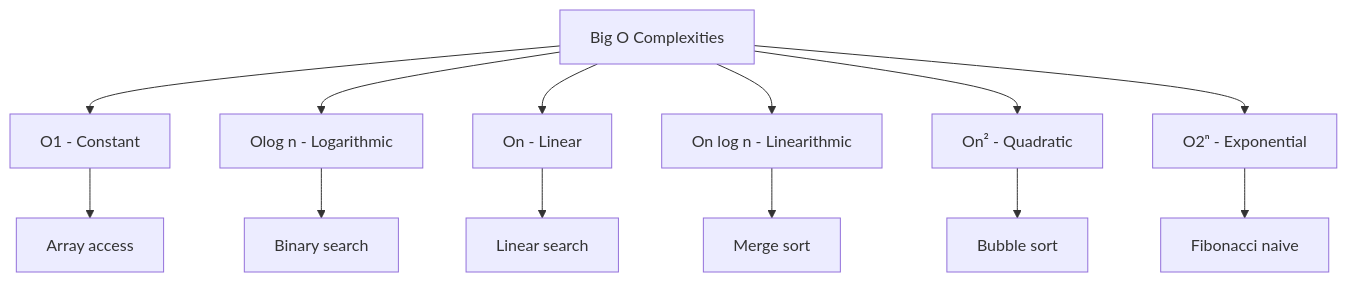
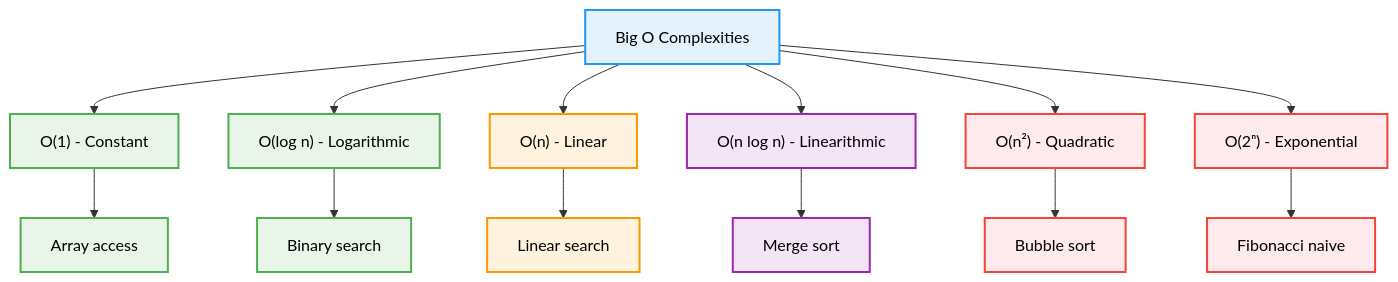
Before and after one commit to AbhishekGiri04/CodeVault: the fifth of 8 diagrams in concepts/fundamentals.md, drawn with Mermaid. The commit also changed other lines of this file, not shown here.

Commit message:
Fix Algorithm Categories Mermaid diagram syntax

````diff
--- a/concepts/fundamentals.md
+++ b/concepts/fundamentals.md
@@ -381,16 +327,28 @@
 ```mermaid
 flowchart TD
-    A[Big O Complexities] --> B[O1 - Constant]
-    A --> C[Olog n - Logarithmic]
-    A --> D[On - Linear]
-    A --> E[On log n - Linearithmic]
-    A --> F[On² - Quadratic]
-    A --> G[O2ⁿ - Exponential]
+    A["Big O Complexities"] --> B["O(1) - Constant"]
+    A --> C["O(log n) - Logarithmic"]
+    A --> D["O(n) - Linear"]
+    A --> E["O(n log n) - Linearithmic"]
+    A --> F["O(n²) - Quadratic"]
+    A --> G["O(2ⁿ) - Exponential"]
     
-    B --> H[Array access]
-    C --> I[Binary search]
-    D --> J[Linear search]
-    E --> K[Merge sort]
-    F --> L[Bubble sort]
-    G --> M[Fibonacci naive]
+    B --> H["Array access"]
+    C --> I["Binary search"]
+    D --> J["Linear search"]
+    E --> K["Merge sort"]
+    F --> L["Bubble sort"]
+    G --> M["Fibonacci naive"]
+    
+    classDef default fill:#f9f9f9,stroke:#333,stroke-width:2px,color:#000
+    classDef complexity fill:#e3f2fd,stroke:#2196f3,stroke-width:2px,color:#000
+    classDef excellent fill:#e8f5e8,stroke:#4caf50,stroke-width:2px,color:#000
+    classDef good fill:#fff3e0,stroke:#ff9800,stroke-width:2px,color:#000
+    classDef acceptable fill:#f3e5f5,stroke:#9c27b0,stroke-width:2px,color:#000
+    classDef poor fill:#ffebee,stroke:#f44336,stroke-width:2px,color:#000
+    class A complexity
+    class B,H,C,I excellent
+    class D,J good
+    class E,K acceptable
+    class F,L,G,M poor
 ```
````
